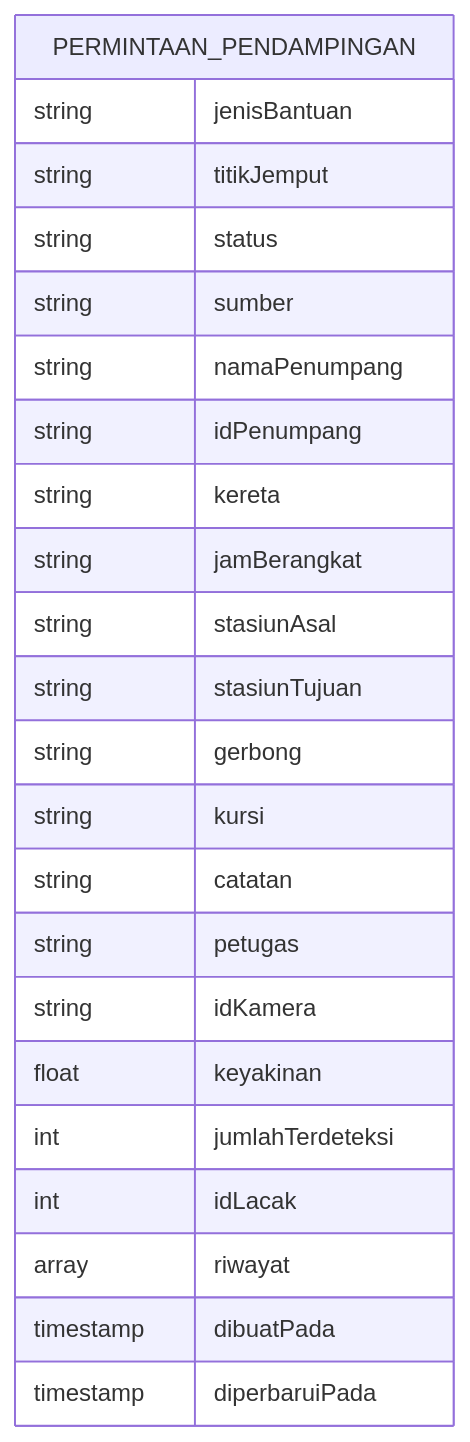
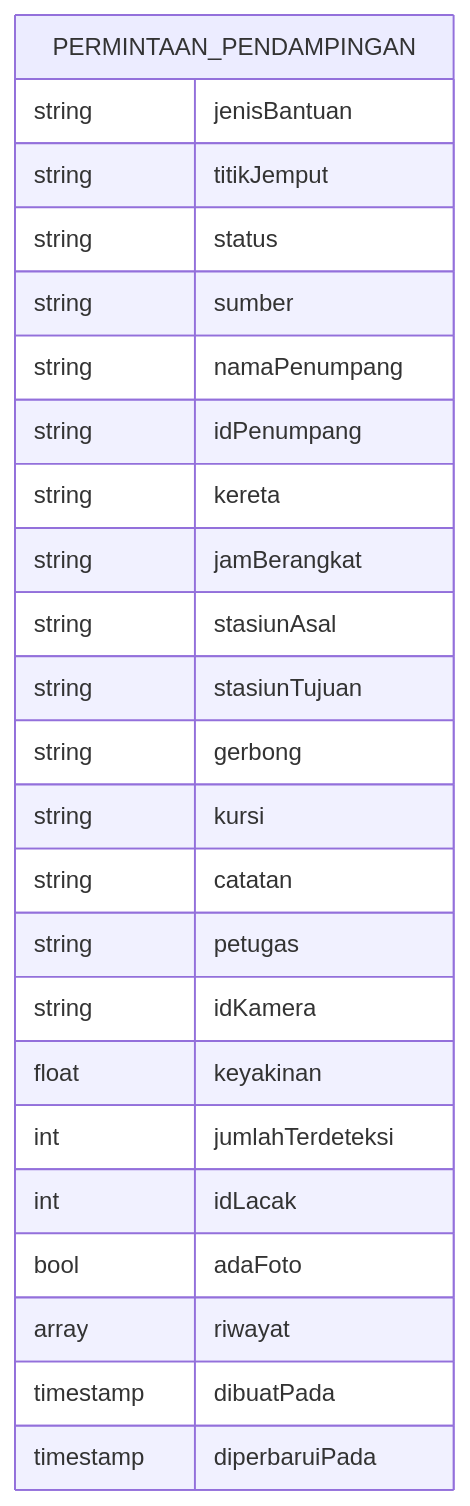
Before and after one commit to rdsarjito/whoosh-ramah: the fourth of 8 diagrams in .qoder/repowiki/en/content/AI Detection System/Firebase Integration.md, drawn with Mermaid. The commit also changed other lines of this file and 17 other files, not shown here.

````diff
--- a/.qoder/repowiki/en/content/AI Detection System/Firebase Integration.md
+++ b/.qoder/repowiki/en/content/AI Detection System/Firebase Integration.md
@@ -205,26 +227,27 @@
 ```mermaid
 erDiagram
 PERMINTAAN_PENDAMPINGAN {
 string jenisBantuan
 string titikJemput
 string status
 string sumber
 string namaPenumpang
 string idPenumpang
 string kereta
 string jamBerangkat
 string stasiunAsal
 string stasiunTujuan
 string gerbong
 string kursi
 string catatan
 string petugas
 string idKamera
 float keyakinan
 int jumlahTerdeteksi
 int idLacak
+bool adaFoto
 array riwayat
 timestamp dibuatPada
 timestamp diperbaruiPada
 }
 ```
````
